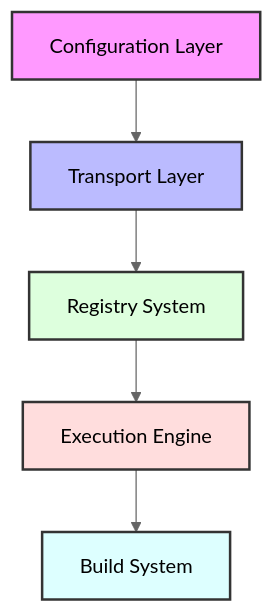
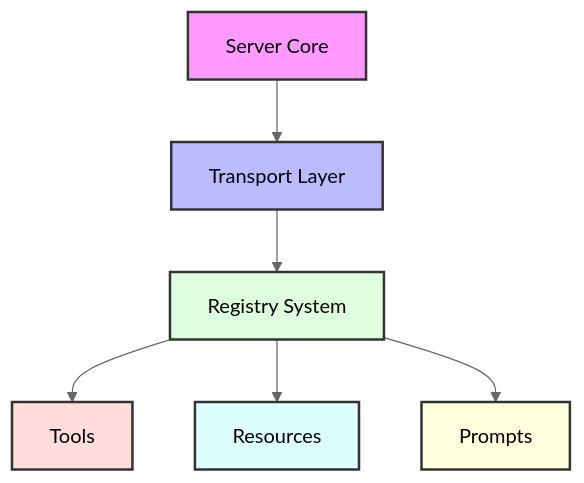
Before and after one commit to DavidNazareno/dynemcp: the diagram in apps/src/content/docs/framework.mdx, drawn with Mermaid (neutral theme). The commit also changed other lines of this file and 14 other files, not shown here.

````diff
--- a/apps/src/content/docs/framework.mdx
+++ b/apps/src/content/docs/framework.mdx
@@ -12,13 +12,15 @@
 ```mermaid
 graph TD
-    A[Configuration Layer] --> B[Transport Layer]
+    A[Server Core] --> B[Transport Layer]
     B --> C[Registry System]
-    C --> D[Execution Engine]
-    D --> E[Build System]
+    C --> D[Tools]
+    C --> E[Resources]
+    C --> F[Prompts]
 
     style A fill:#f9f,stroke:#333,stroke-width:2px
     style B fill:#bbf,stroke:#333,stroke-width:2px
     style C fill:#dfd,stroke:#333,stroke-width:2px
     style D fill:#fdd,stroke:#333,stroke-width:2px
     style E fill:#dff,stroke:#333,stroke-width:2px
+    style F fill:#ffd,stroke:#333,stroke-width:2px
 ```
````
